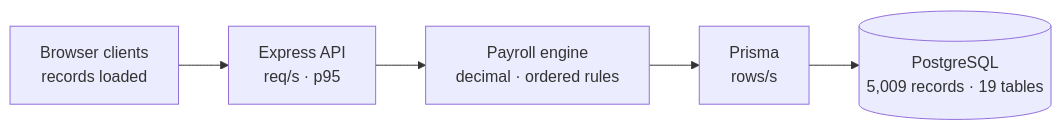
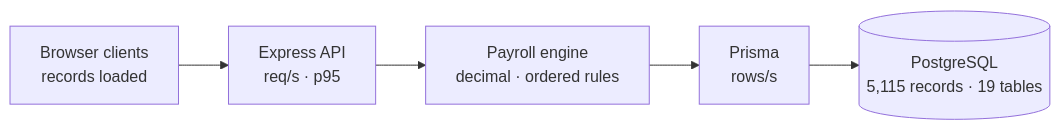
One commit to MAITRI137/Hackathon_2026_804 changed the fourth of 5 diagrams in README.md. Above: the diagram before and after it, drawn with Mermaid. The commit also changed other lines of this file and 10 other files, not shown here.

````diff
--- a/README.md
+++ b/README.md
@@ -96,7 +96,7 @@
 ```mermaid
 flowchart LR
   C["Browser clients<br/>records loaded"] --> A["Express API<br/>req/s · p95"]
   A --> E["Payroll engine<br/>decimal · ordered rules"]
   E --> P["Prisma<br/>rows/s"]
-  P --> D[("PostgreSQL<br/>5,009 records · 19 tables")]
+  P --> D[("PostgreSQL<br/>5,115 records · 19 tables")]
 ```
````
